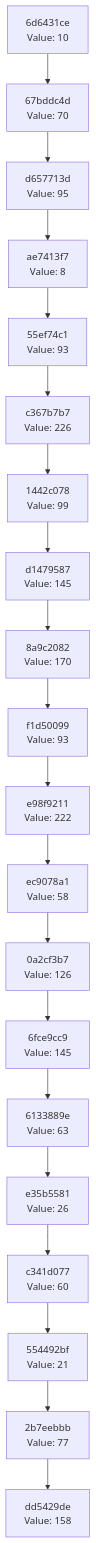
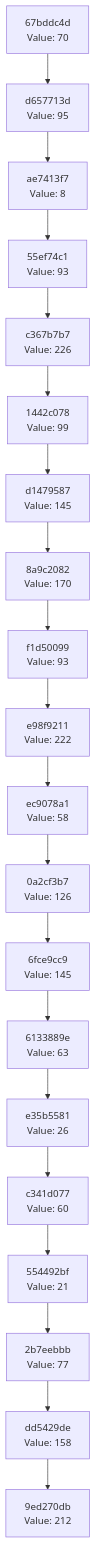
One commit to Abhisheksinha1506/hash-chain-evolver changed the diagram in docs/CHAIN_VISUALIZATION.md. Above: the diagram before and after it, drawn with Mermaid. The commit also changed 2 other files, not shown here.

Commit message:
Evolution Step

````diff
--- a/docs/CHAIN_VISUALIZATION.md
+++ b/docs/CHAIN_VISUALIZATION.md
@@ -3,42 +3,42 @@
 ```mermaid
 graph TD
-    C0["dd5429de<br/>Value: 158"]
-    C1["2b7eebbb<br/>Value: 77"]
+    C0["9ed270db<br/>Value: 212"]
+    C1["dd5429de<br/>Value: 158"]
     C1 --> C0
-    C2["554492bf<br/>Value: 21"]
+    C2["2b7eebbb<br/>Value: 77"]
     C2 --> C1
-    C3["c341d077<br/>Value: 60"]
+    C3["554492bf<br/>Value: 21"]
     C3 --> C2
-    C4["e35b5581<br/>Value: 26"]
+    C4["c341d077<br/>Value: 60"]
     C4 --> C3
-    C5["6133889e<br/>Value: 63"]
+    C5["e35b5581<br/>Value: 26"]
     C5 --> C4
-    C6["6fce9cc9<br/>Value: 145"]
+    C6["6133889e<br/>Value: 63"]
     C6 --> C5
-    C7["0a2cf3b7<br/>Value: 126"]
+    C7["6fce9cc9<br/>Value: 145"]
     C7 --> C6
-    C8["ec9078a1<br/>Value: 58"]
+    C8["0a2cf3b7<br/>Value: 126"]
     C8 --> C7
-    C9["e98f9211<br/>Value: 222"]
+    C9["ec9078a1<br/>Value: 58"]
     C9 --> C8
-    C10["f1d50099<br/>Value: 93"]
+    C10["e98f9211<br/>Value: 222"]
     C10 --> C9
-    C11["8a9c2082<br/>Value: 170"]
+    C11["f1d50099<br/>Value: 93"]
     C11 --> C10
-    C12["d1479587<br/>Value: 145"]
+    C12["8a9c2082<br/>Value: 170"]
     C12 --> C11
-    C13["1442c078<br/>Value: 99"]
+    C13["d1479587<br/>Value: 145"]
     C13 --> C12
-    C14["c367b7b7<br/>Value: 226"]
+    C14["1442c078<br/>Value: 99"]
     C14 --> C13
-    C15["55ef74c1<br/>Value: 93"]
+    C15["c367b7b7<br/>Value: 226"]
     C15 --> C14
-    C16["ae7413f7<br/>Value: 8"]
+    C16["55ef74c1<br/>Value: 93"]
     C16 --> C15
-    C17["d657713d<br/>Value: 95"]
+    C17["ae7413f7<br/>Value: 8"]
     C17 --> C16
-    C18["67bddc4d<br/>Value: 70"]
+    C18["d657713d<br/>Value: 95"]
     C18 --> C17
-    C19["6d6431ce<br/>Value: 10"]
+    C19["67bddc4d<br/>Value: 70"]
     C19 --> C18
 ```
````
